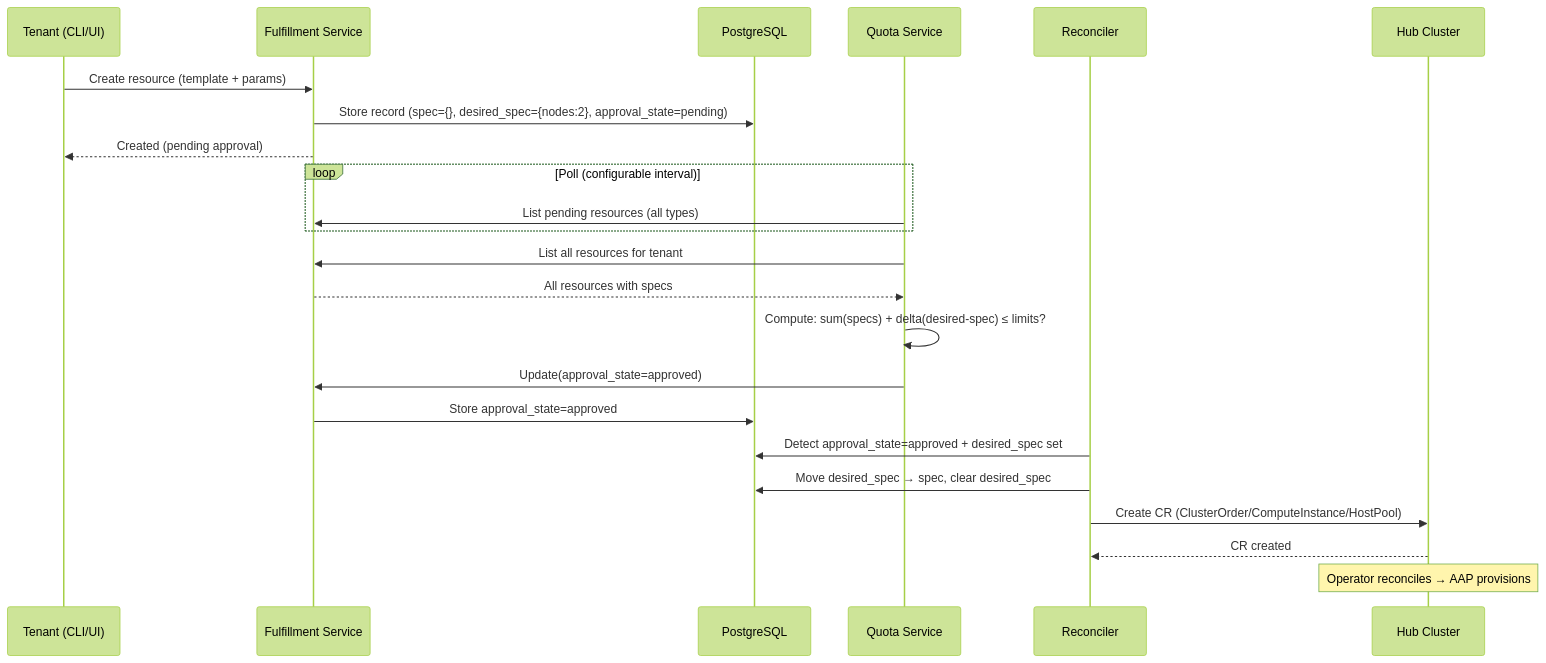
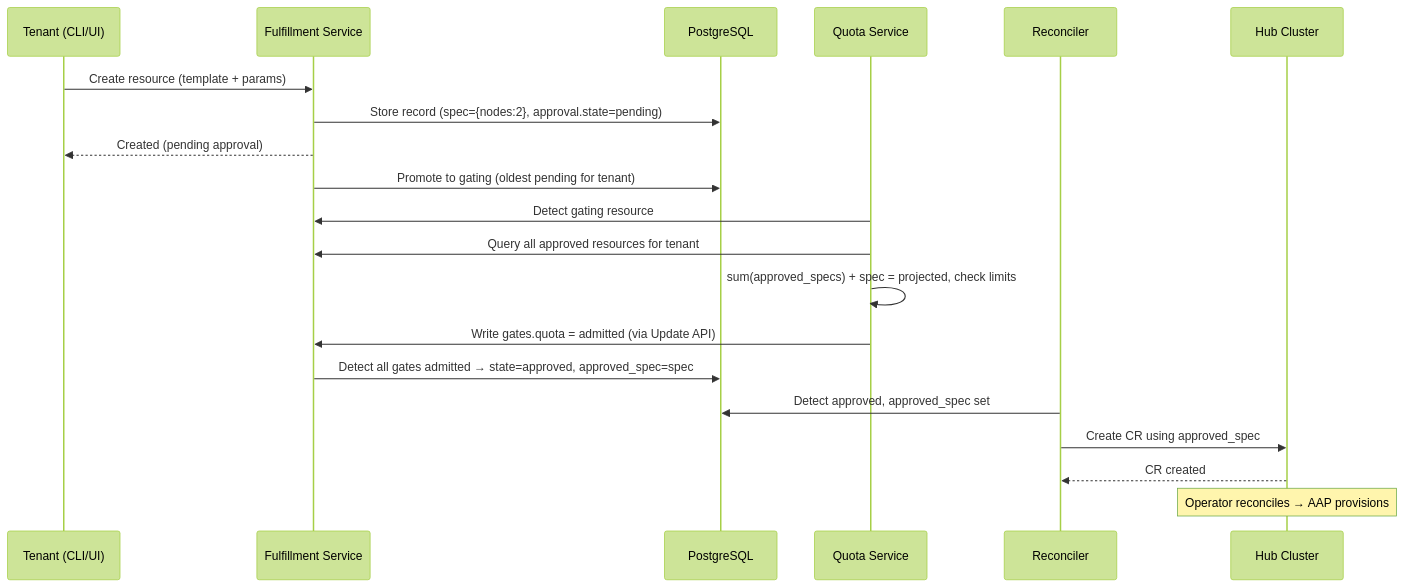
The diagram in enhancements/quota-management/README.md (osac-project/enhancement-proposals), drawn with Mermaid (forest theme) before and after one commit. The commit also changed other lines of this file, not shown here.

First line of the commit message:
Major revision: K8s-like API model, extensible gates, re-evaluation

````diff
--- a/enhancements/quota-management/README.md
+++ b/enhancements/quota-management/README.md
@@ -76,28 +76,27 @@
 ```mermaid
 sequenceDiagram
     participant T as Tenant (CLI/UI)
     participant FS as Fulfillment Service
     participant DB as PostgreSQL
     participant QS as Quota Service
     participant R as Reconciler
     participant Hub as Hub Cluster
 
     T->>FS: Create resource (template + params)
-    FS->>DB: Store record (spec={}, desired_spec={nodes:2}, approval_state=pending)
+    FS->>DB: Store record (spec={nodes:2}, approval.state=pending)
     FS-->>T: Created (pending approval)
 
-    loop Poll (configurable interval)
-        QS->>FS: List pending resources (all types)
-    end
-    QS->>FS: List all resources for tenant
-    FS-->>QS: All resources with specs
-    QS->>QS: Compute: sum(specs) + delta(desired-spec) ≤ limits?
-    QS->>FS: Update(approval_state=approved)
-    FS->>DB: Store approval_state=approved
+    FS->>DB: Promote to gating (oldest pending for tenant)
 
-    R->>DB: Detect approval_state=approved + desired_spec set
-    R->>DB: Move desired_spec → spec, clear desired_spec
-    R->>Hub: Create CR (ClusterOrder/ComputeInstance/HostPool)
+    QS->>FS: Detect gating resource
+    QS->>FS: Query all approved resources for tenant
+    QS->>QS: sum(approved_specs) + spec = projected, check limits
+    QS->>FS: Write gates.quota = admitted (via Update API)
+
+    FS->>DB: Detect all gates admitted → state=approved, approved_spec=spec
+
+    R->>DB: Detect approved, approved_spec set
+    R->>Hub: Create CR using approved_spec
     Hub-->>R: CR created
     Note over Hub: Operator reconciles → AAP provisions
 ```
````
